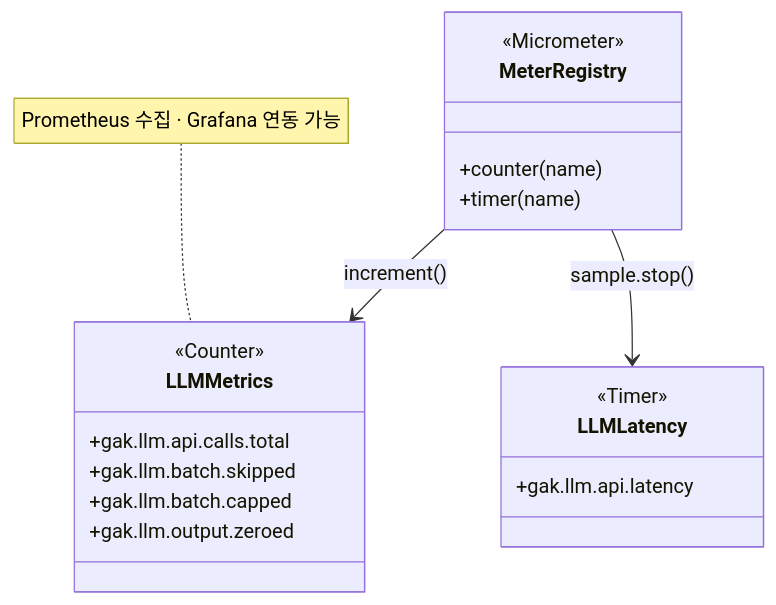
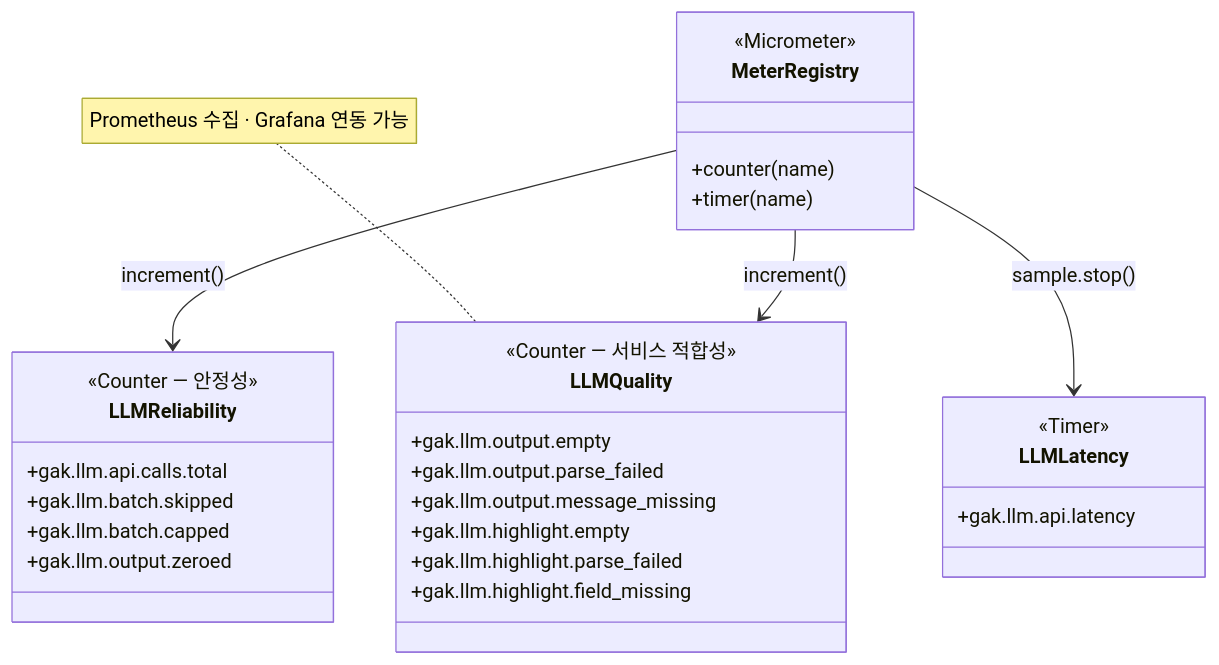
Diagram 16 of 25 in docs/design/30_system_reliability.md (oneul0/Project-neul), drawn with Mermaid before and after one commit. The commit also changed other lines of this file, not shown here.

First line of the commit message:
docs: LLM 서비스 적합성 메트릭 6개 문서에 추가

````diff
--- a/docs/design/30_system_reliability.md
+++ b/docs/design/30_system_reliability.md
@@ -553,26 +553,37 @@
 ```mermaid
 classDiagram
     class MeterRegistry {
         <<Micrometer>>
         +counter(name)
         +timer(name)
     }
 
-    class LLMMetrics {
-        <<Counter>>
+    class LLMReliability {
+        <<Counter — 안정성>>
         +gak.llm.api.calls.total
         +gak.llm.batch.skipped
         +gak.llm.batch.capped
         +gak.llm.output.zeroed
+    }
+
+    class LLMQuality {
+        <<Counter — 서비스 적합성>>
+        +gak.llm.output.empty
+        +gak.llm.output.parse_failed
+        +gak.llm.output.message_missing
+        +gak.llm.highlight.empty
+        +gak.llm.highlight.parse_failed
+        +gak.llm.highlight.field_missing
     }
 
     class LLMLatency {
         <<Timer>>
         +gak.llm.api.latency
     }
 
-    MeterRegistry --> LLMMetrics : increment()
+    MeterRegistry --> LLMReliability : increment()
+    MeterRegistry --> LLMQuality : increment()
     MeterRegistry --> LLMLatency : sample.stop()
 
-    note for LLMMetrics "Prometheus 수집 · Grafana 연동 가능"
+    note for LLMQuality "Prometheus 수집 · Grafana 연동 가능"
 ```
````
